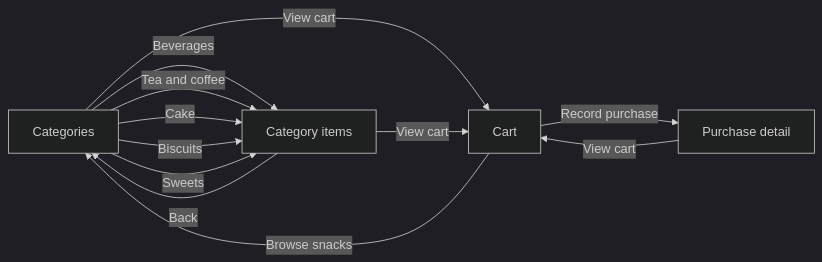
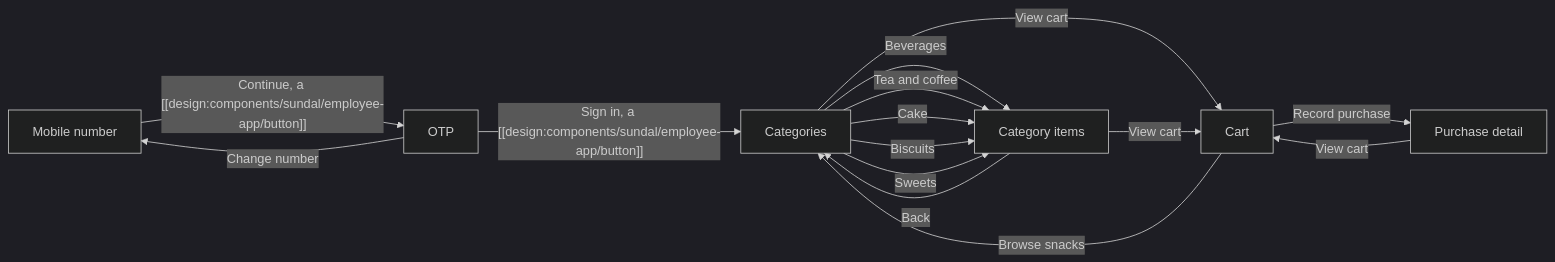
One commit to humbleatethefool/Sundal changed the diagram in wiki/_derived/graph-surfaces.md. Above: the diagram before and after it, drawn with Mermaid (dark theme). The commit also changed 8 other files, not shown here.

Commit message:
[wiki]: rebuilt the indexes and derived graph files for the sign-in and log pages

````diff
--- a/wiki/_derived/graph-surfaces.md
+++ b/wiki/_derived/graph-surfaces.md
@@ -9,18 +9,23 @@
 ```mermaid
 flowchart LR
     design_surfaces_sundal_employee_app_record_a_purchase_categories_list["Categories"]
     design_surfaces_sundal_employee_app_record_a_purchase_category_items_list["Category items"]
     design_surfaces_sundal_employee_app_record_a_purchase_cart_list["Cart"]
     design_surfaces_sundal_employee_app_record_a_purchase_purchase_detail_detail["Purchase detail"]
+    design_surfaces_sundal_employee_app_sign_in_mobile_number_form["Mobile number"]
+    design_surfaces_sundal_employee_app_sign_in_otp_form["OTP"]
     design_surfaces_sundal_employee_app_record_a_purchase_categories_list -->|"Beverages"| design_surfaces_sundal_employee_app_record_a_purchase_category_items_list
     design_surfaces_sundal_employee_app_record_a_purchase_categories_list -->|"Tea and coffee"| design_surfaces_sundal_employee_app_record_a_purchase_category_items_list
     design_surfaces_sundal_employee_app_record_a_purchase_categories_list -->|"Cake"| design_surfaces_sundal_employee_app_record_a_purchase_category_items_list
     design_surfaces_sundal_employee_app_record_a_purchase_categories_list -->|"Biscuits"| design_surfaces_sundal_employee_app_record_a_purchase_category_items_list
     design_surfaces_sundal_employee_app_record_a_purchase_categories_list -->|"Sweets"| design_surfaces_sundal_employee_app_record_a_purchase_category_items_list
     design_surfaces_sundal_employee_app_record_a_purchase_categories_list -->|"View cart"| design_surfaces_sundal_employee_app_record_a_purchase_cart_list
     design_surfaces_sundal_employee_app_record_a_purchase_category_items_list -->|"Back"| design_surfaces_sundal_employee_app_record_a_purchase_categories_list
     design_surfaces_sundal_employee_app_record_a_purchase_category_items_list -->|"View cart"| design_surfaces_sundal_employee_app_record_a_purchase_cart_list
     design_surfaces_sundal_employee_app_record_a_purchase_cart_list -->|"Record purchase"| design_surfaces_sundal_employee_app_record_a_purchase_purchase_detail_detail
     design_surfaces_sundal_employee_app_record_a_purchase_cart_list -->|"Browse snacks"| design_surfaces_sundal_employee_app_record_a_purchase_categories_list
     design_surfaces_sundal_employee_app_record_a_purchase_purchase_detail_detail -->|"View cart"| design_surfaces_sundal_employee_app_record_a_purchase_cart_list
+    design_surfaces_sundal_employee_app_sign_in_mobile_number_form -->|"Continue, a [[design:components/sundal/employee-app/button]]"| design_surfaces_sundal_employee_app_sign_in_otp_form
+    design_surfaces_sundal_employee_app_sign_in_otp_form -->|"Sign in, a [[design:components/sundal/employee-app/button]]"| design_surfaces_sundal_employee_app_record_a_purchase_categories_list
+    design_surfaces_sundal_employee_app_sign_in_otp_form -->|"Change number"| design_surfaces_sundal_employee_app_sign_in_mobile_number_form
 ```
````
